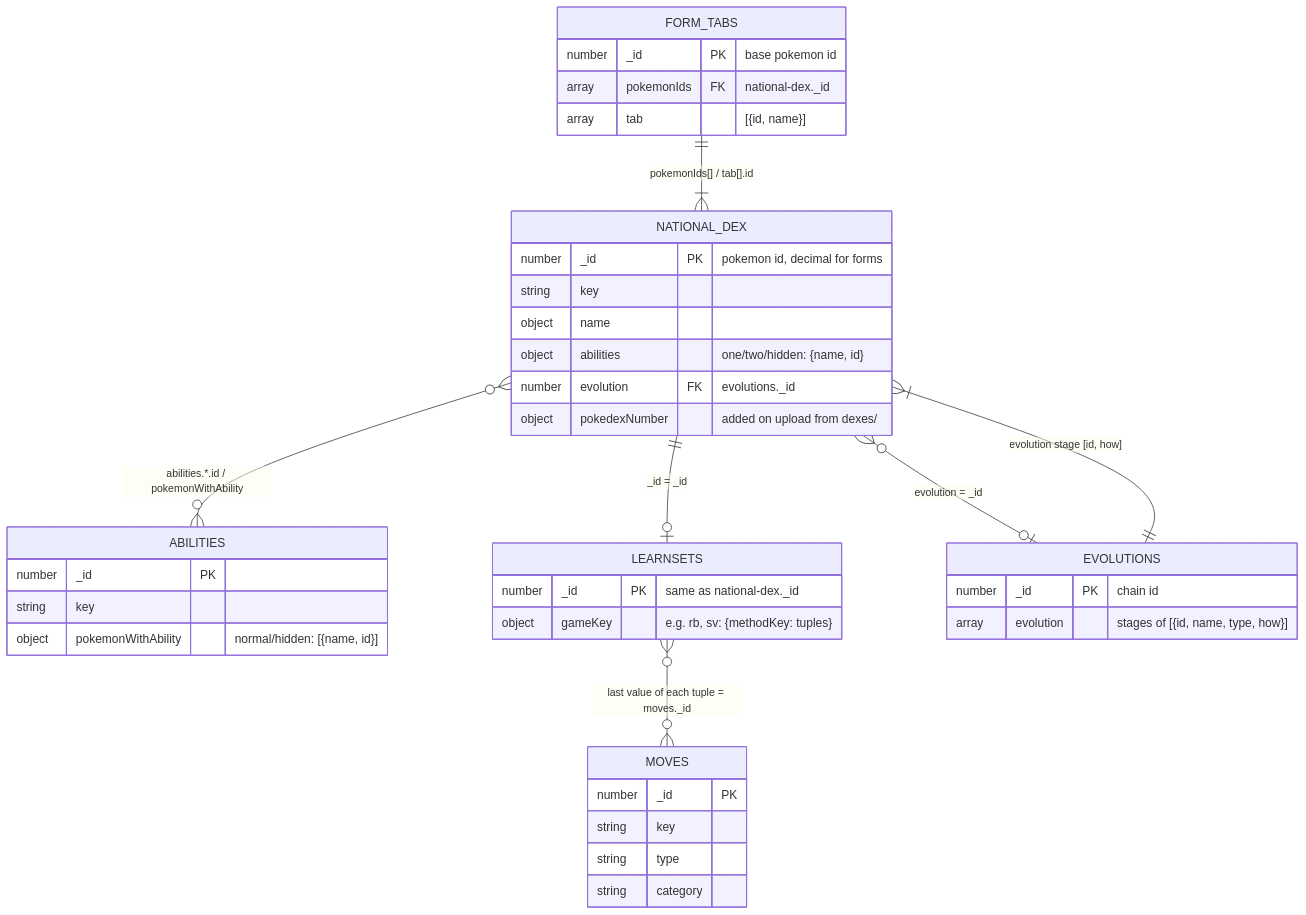
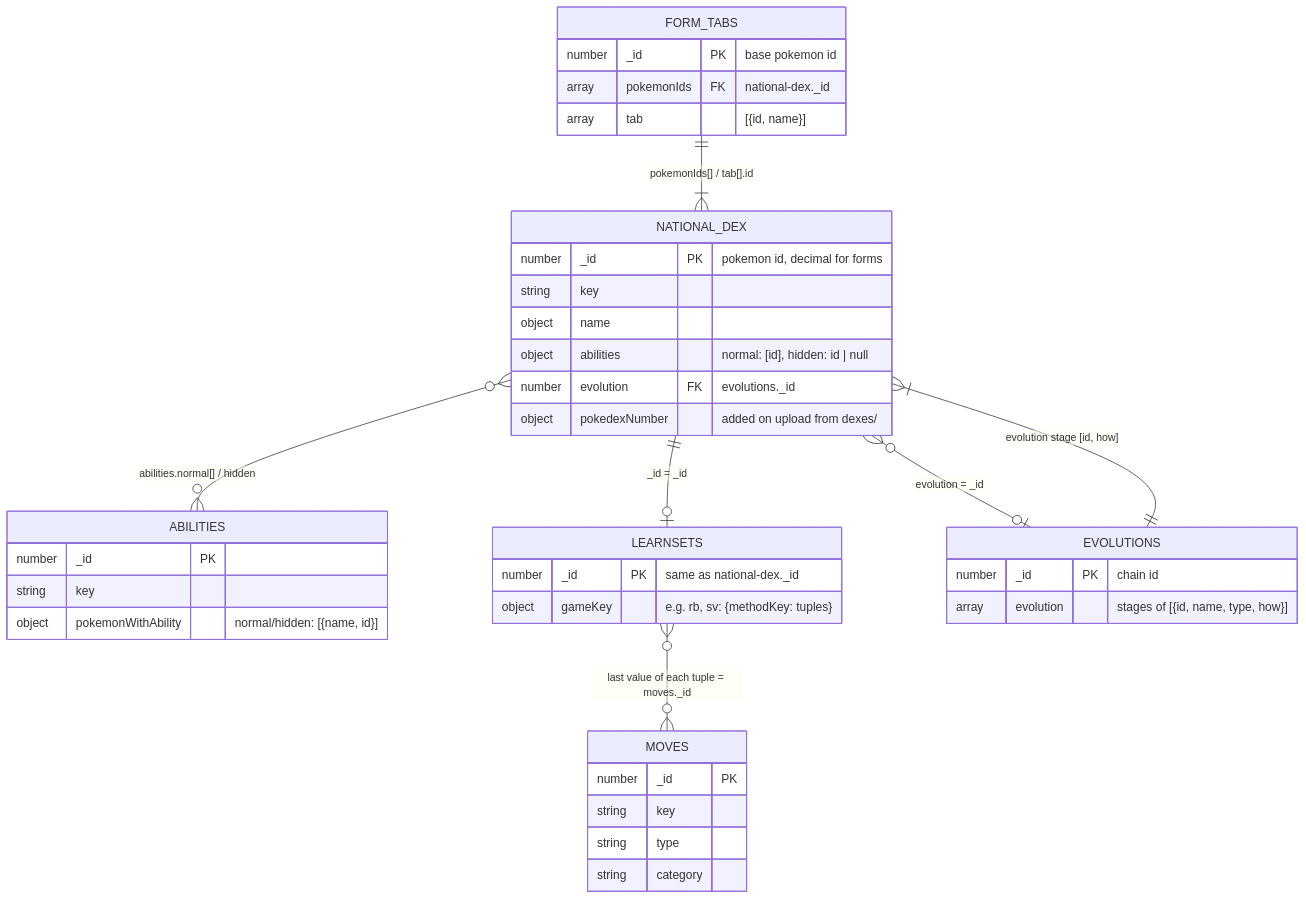
Before and after one commit to Fenrisulfr-33/pokemon-database: the first of 2 diagrams in docs/README.md, drawn with Mermaid. The commit also changed other lines of this file and 1137 other files, not shown here.

First line of the commit message:
Convert pokedex abilities to { normal, hidden } ids

````diff
--- a/docs/README.md
+++ b/docs/README.md
@@ -35,42 +35,42 @@
 ```mermaid
 erDiagram
     NATIONAL_DEX {
         number _id PK "pokemon id, decimal for forms"
         string key
         object name
-        object abilities "one/two/hidden: {name, id}"
+        object abilities "normal: [id], hidden: id | null"
         number evolution FK "evolutions._id"
         object pokedexNumber "added on upload from dexes/"
     }
     ABILITIES {
         number _id PK
         string key
         object pokemonWithAbility "normal/hidden: [{name, id}]"
     }
     MOVES {
         number _id PK
         string key
         string type
         string category
     }
     LEARNSETS {
         number _id PK "same as national-dex._id"
         object gameKey "e.g. rb, sv: {methodKey: tuples}"
     }
     EVOLUTIONS {
         number _id PK "chain id"
         array evolution "stages of [{id, name, type, how}]"
     }
     FORM_TABS {
         number _id PK "base pokemon id"
         array pokemonIds FK "national-dex._id"
         array tab "[{id, name}]"
     }
 
     NATIONAL_DEX ||--o| LEARNSETS : "_id = _id"
-    NATIONAL_DEX }o--o{ ABILITIES : "abilities.*.id / pokemonWithAbility"
+    NATIONAL_DEX }o--o{ ABILITIES : "abilities.normal[] / hidden"
     LEARNSETS }o--o{ MOVES : "last value of each tuple = moves._id"
     NATIONAL_DEX }o--o| EVOLUTIONS : "evolution = _id"
     EVOLUTIONS ||--|{ NATIONAL_DEX : "evolution stage [id, how]"
     FORM_TABS ||--|{ NATIONAL_DEX : "pokemonIds[] / tab[].id"
 ```
````
